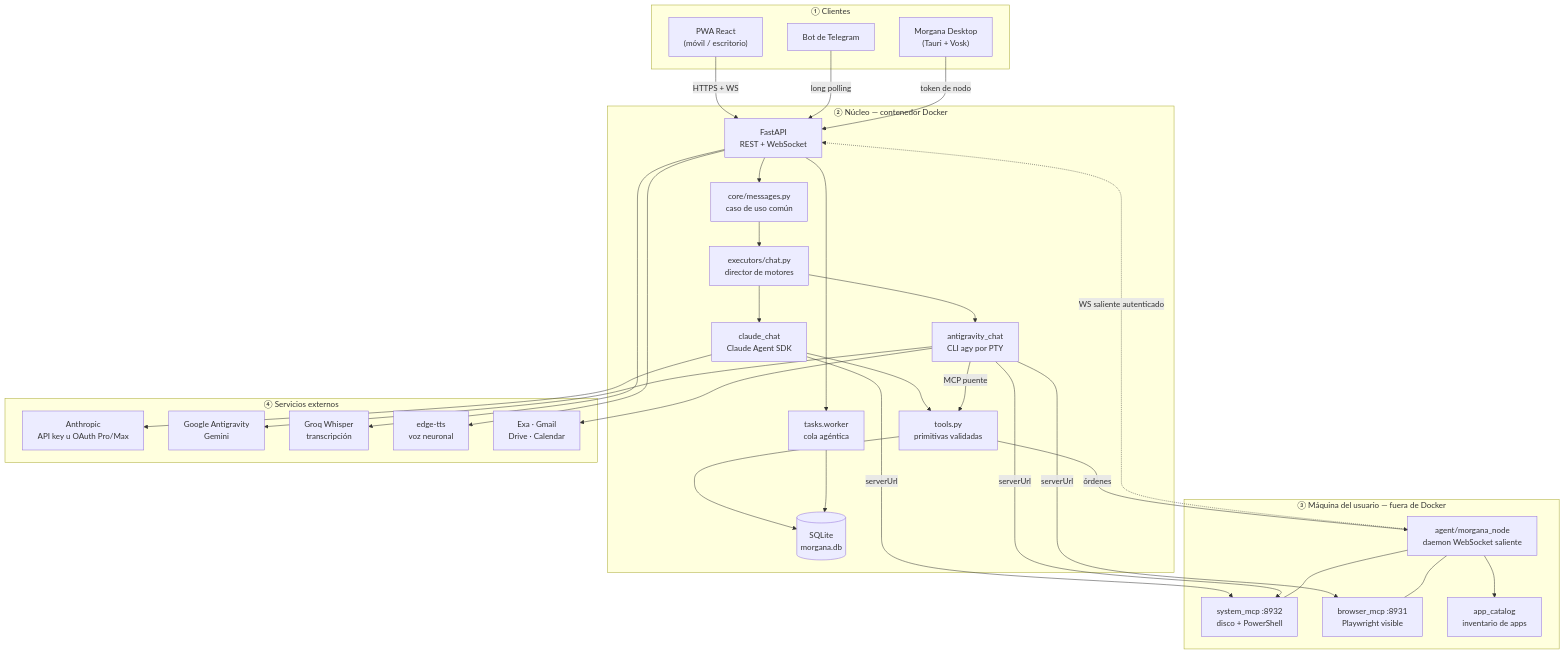
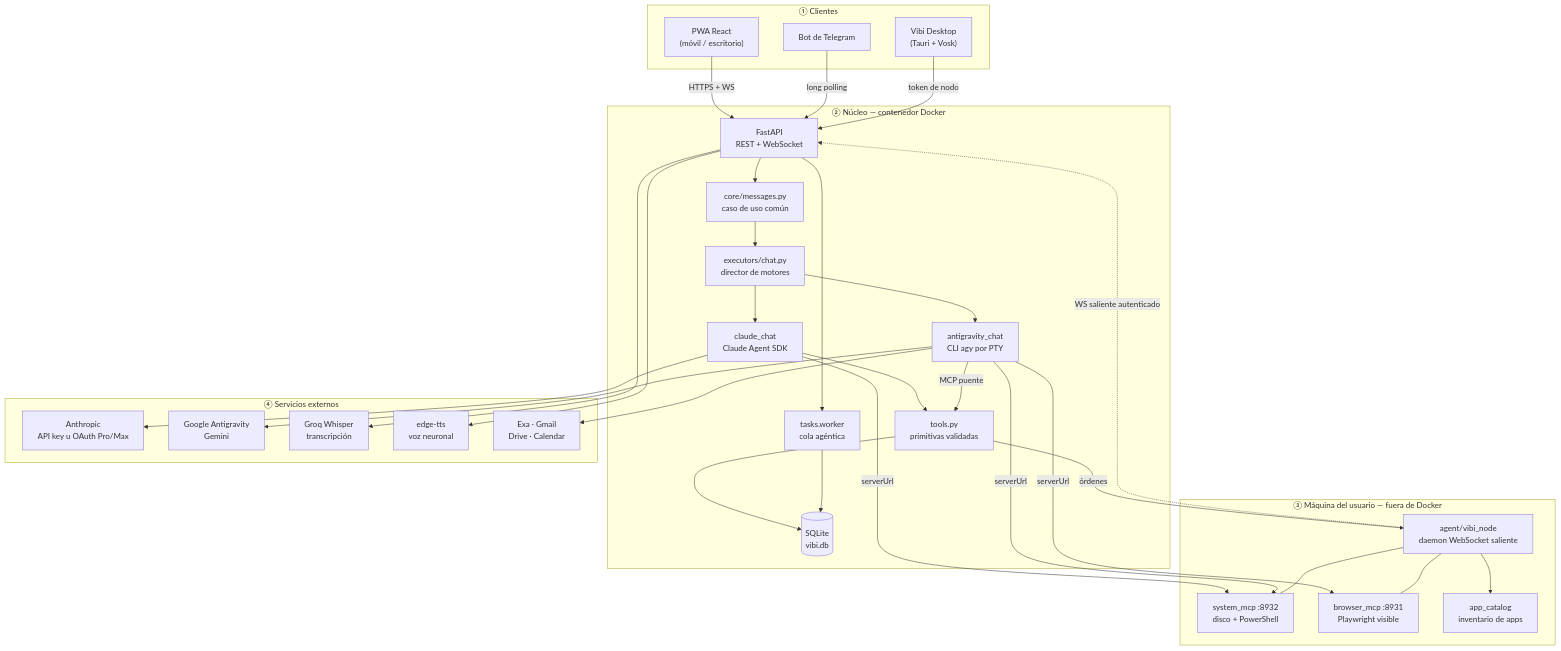
The first of 10 diagrams in docs/arquitectura.md (RubenGGBC/vibi), drawn with Mermaid before and after one commit. The commit also changed other lines of this file and 173 other files, not shown here.

````diff
--- a/docs/arquitectura.md
+++ b/docs/arquitectura.md
@@ -67,61 +67,61 @@
 ```mermaid
 flowchart TB
     subgraph clientes ["① Clientes"]
         PWA["PWA React<br/>(móvil / escritorio)"]
         TG["Bot de Telegram"]
-        COMP["Morgana Desktop<br/>(Tauri + Vosk)"]
+        COMP["Vibi Desktop<br/>(Tauri + Vosk)"]
     end
 
     subgraph docker ["② Núcleo — contenedor Docker"]
         API["FastAPI<br/>REST + WebSocket"]
         CORE["core/messages.py<br/>caso de uso común"]
         CHAT["executors/chat.py<br/>director de motores"]
         CLAUDE["claude_chat<br/>Claude Agent SDK"]
         AGY["antigravity_chat<br/>CLI agy por PTY"]
         WORKER["tasks.worker<br/>cola agéntica"]
         TOOLS["tools.py<br/>primitivas validadas"]
-        DB[("SQLite<br/>morgana.db")]
+        DB[("SQLite<br/>vibi.db")]
     end
 
     subgraph host ["③ Máquina del usuario — fuera de Docker"]
-        AGENT["agent/morgana_node<br/>daemon WebSocket saliente"]
+        AGENT["agent/vibi_node<br/>daemon WebSocket saliente"]
         SYSMCP["system_mcp :8932<br/>disco + PowerShell"]
         PWMCP["browser_mcp :8931<br/>Playwright visible"]
         CAT["app_catalog<br/>inventario de apps"]
     end
 
     subgraph nube ["④ Servicios externos"]
         ANTH["Anthropic<br/>API key u OAuth Pro/Max"]
         GEM["Google Antigravity<br/>Gemini"]
         GROQ["Groq Whisper<br/>transcripción"]
         EDGE["edge-tts<br/>voz neuronal"]
         EXT["Exa · Gmail<br/>Drive · Calendar"]
     end
 
     PWA -->|HTTPS + WS| API
     TG -->|long polling| API
     COMP -->|token de nodo| API
 
     API --> CORE --> CHAT
     CHAT --> CLAUDE
     CHAT --> AGY
     CLAUDE --> TOOLS
     AGY -->|MCP puente| TOOLS
     TOOLS --> DB
     API --> WORKER --> DB
 
     CLAUDE --> ANTH
     AGY --> GEM
     API --> GROQ
     API --> EDGE
     AGY --> EXT
 
     AGENT -.->|WS saliente autenticado| API
     TOOLS -->|órdenes| AGENT
     AGENT --> CAT
     CLAUDE -->|serverUrl| SYSMCP
     AGY -->|serverUrl| SYSMCP
     AGY -->|serverUrl| PWMCP
     AGENT --- SYSMCP
     AGENT --- PWMCP
 ```
````
